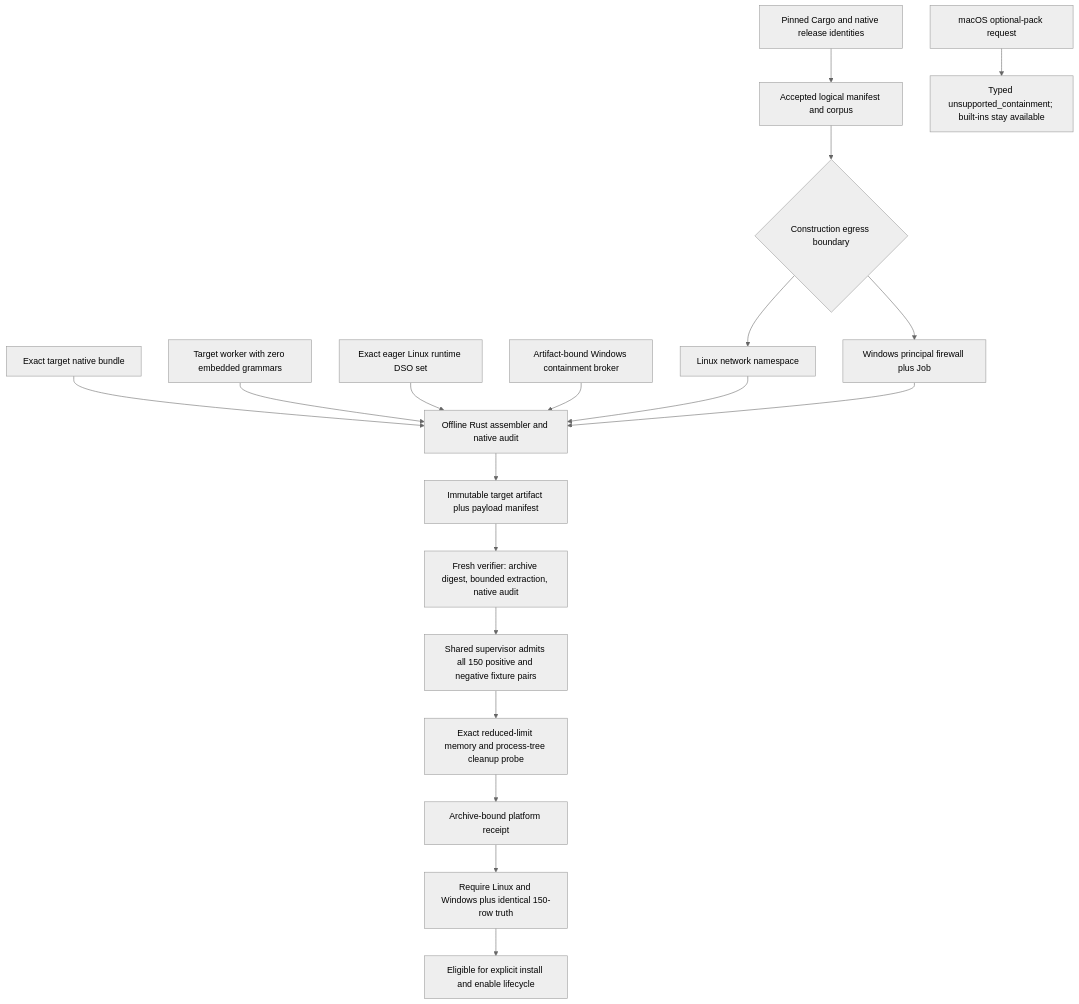
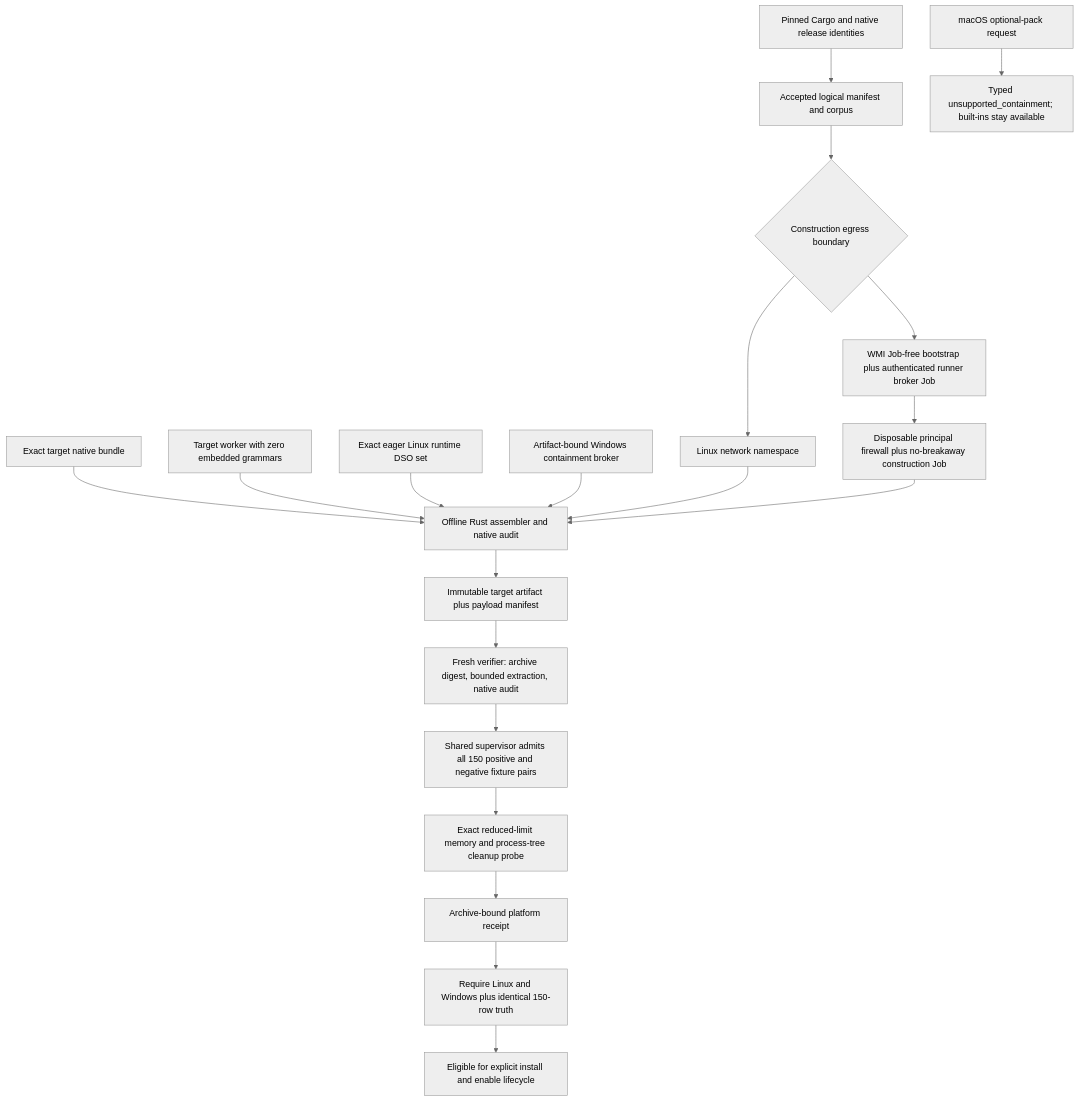
One commit to styler-ai/ProjectAtlas changed diagram 18 of 19 in docs/projectatlas-3-architecture.md. Above: the diagram before and after it, drawn with Mermaid (neutral theme). The commit also changed other lines of this file and 5 other files, not shown here.

Commit message:
fix(ci): escape hosted Windows runner Job (#308)

````diff
--- a/docs/projectatlas-3-architecture.md
+++ b/docs/projectatlas-3-architecture.md
@@ -1687,21 +1728,22 @@
 ```mermaid
 flowchart TB
     Pins[Pinned Cargo and native release identities] --> Accepted[Accepted logical manifest and corpus]
     Bundle[Exact target native bundle] --> Construct[Offline Rust assembler and native audit]
     Worker[Target worker with zero embedded grammars] --> Construct
     LinuxRuntime[Exact eager Linux runtime DSO set] --> Construct
     WinBroker[Artifact-bound Windows containment broker] --> Construct
     Accepted --> Boundary{Construction egress boundary}
     Boundary --> LinuxBoundary[Linux network namespace]
-    Boundary --> WindowsBoundary[Windows principal firewall plus Job]
+    Boundary --> WindowsRunner[WMI Job-free bootstrap plus authenticated runner broker Job]
+    WindowsRunner --> WindowsBoundary[Disposable principal firewall plus no-breakaway construction Job]
     LinuxBoundary --> Construct
     WindowsBoundary --> Construct
     Construct --> Artifact[Immutable target artifact plus payload manifest]
     Artifact --> Fresh[Fresh verifier: archive digest, bounded extraction, native audit]
     Fresh --> Admission[Shared supervisor admits all 150 positive and negative fixture pairs]
     Admission --> Memory[Exact reduced-limit memory and process-tree cleanup probe]
     Memory --> Receipt[Archive-bound platform receipt]
     Receipt --> Aggregate[Require Linux and Windows plus identical 150-row truth]
     Aggregate --> Lifecycle[Eligible for explicit install and enable lifecycle]
     Mac[macOS optional-pack request] --> Unsupported[Typed unsupported_containment; built-ins stay available]
 ```
````
